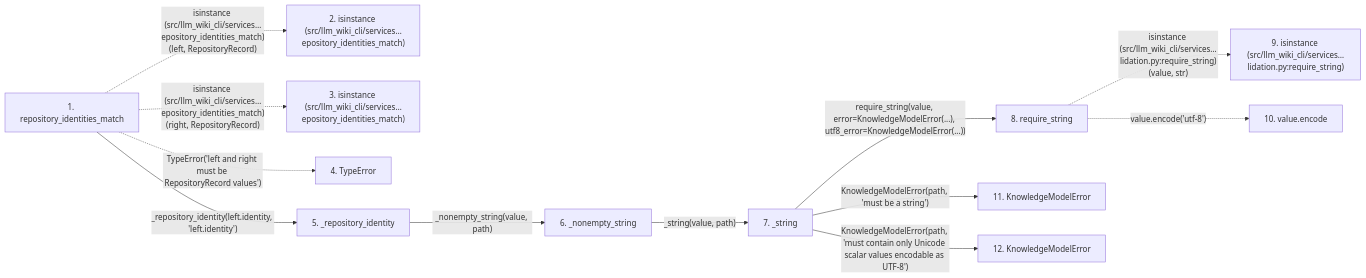
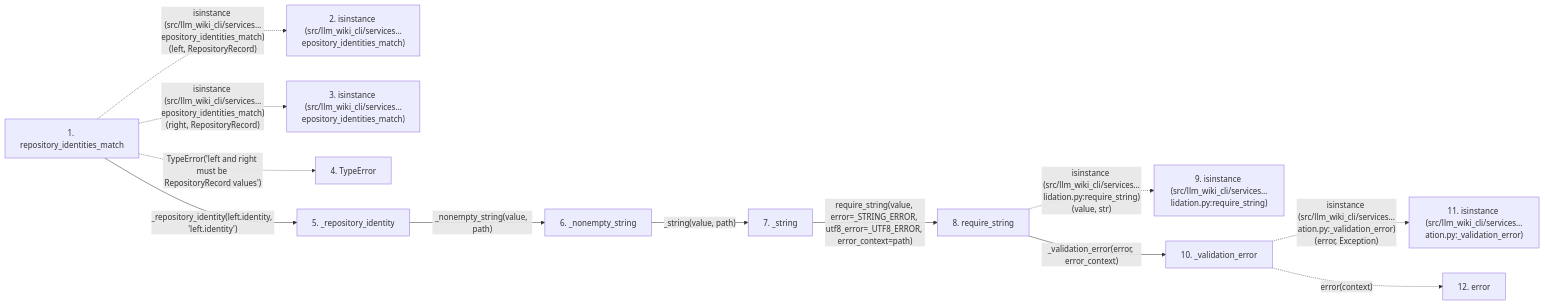
One commit to Denissvgn/python-wiki-llm changed the second of 2 diagrams in docs/llm_wiki/flows/api-repository_identities_match.md. Above: the diagram before and after it, drawn with Mermaid. The commit also changed other lines of this file and 627 other files, not shown here.

````diff
--- a/docs/llm_wiki/flows/api-repository_identities_match.md
+++ b/docs/llm_wiki/flows/api-repository_identities_match.md
@@ -92,33 +100,32 @@
 ```mermaid
 flowchart LR
     s1["1. repository_identities_match"]
     s2["2. isinstance (src/llm_wiki_cli/services…epository_identities_match)"]
     s3["3. isinstance (src/llm_wiki_cli/services…epository_identities_match)"]
     s4["4. TypeError"]
     s5["5. _repository_identity"]
     s6["6. _nonempty_string"]
     s7["7. _string"]
     s8["8. require_string"]
     s9["9. isinstance (src/llm_wiki_cli/services…lidation.py:require_string)"]
-    s10["10. value.encode"]
-    s11["11. KnowledgeModelError"]
-    s12["12. KnowledgeModelError"]
+    s10["10. _validation_error"]
+    s11["11. isinstance (src/llm_wiki_cli/services…ation.py:_validation_error)"]
+    s12["12. error"]
     s1 -. "isinstance (src/llm_wiki_cli/services…epository_identities_match)(left, RepositoryRecord)" .-> s2
     s1 -. "isinstance (src/llm_wiki_cli/services…epository_identities_match)(right, RepositoryRecord)" .-> s3
     s1 -. "TypeError('left and right must be RepositoryRecord values')" .-> s4
     s1 -->|"_repository_identity(left.identity, 'left.identity')"| s5
     s5 -->|"_nonempty_string(value, path)"| s6
     s6 -->|"_string(value, path)"| s7
-    s7 -->|"require_string(value, error=KnowledgeModelError(...), utf8_error=KnowledgeModelError(...))"| s8
+    s7 -->|"require_string(value, error=_STRING_ERROR, utf8_error=_UTF8_ERROR, error_context=path)"| s8
     s8 -. "isinstance (src/llm_wiki_cli/services…lidation.py:require_string)(value, str)" .-> s9
-    s8 -. "value.encode('utf-8')" .-> s10
-    s7 -->|"KnowledgeModelError(path, 'must be a string')"| s11
-    s7 -->|"KnowledgeModelError(path, 'must contain only Unicode scalar values encodable as UTF-8')"| s12
+    s8 -->|"_validation_error(error, error_context)"| s10
+    s10 -. "isinstance (src/llm_wiki_cli/services…ation.py:_validation_error)(error, Exception)" .-> s11
+    s10 -. "error(context)" .-> s12
     click s1 "../modules/knowledge_model.md"
     click s5 "../modules/knowledge_model.md"
     click s6 "../modules/knowledge_model.md"
     click s7 "../modules/knowledge_model.md"
     click s8 "../modules/validation.md"
-    click s11 "../modules/knowledge_model.md"
-    click s12 "../modules/knowledge_model.md"
+    click s10 "../modules/validation.md"
 ```
````
